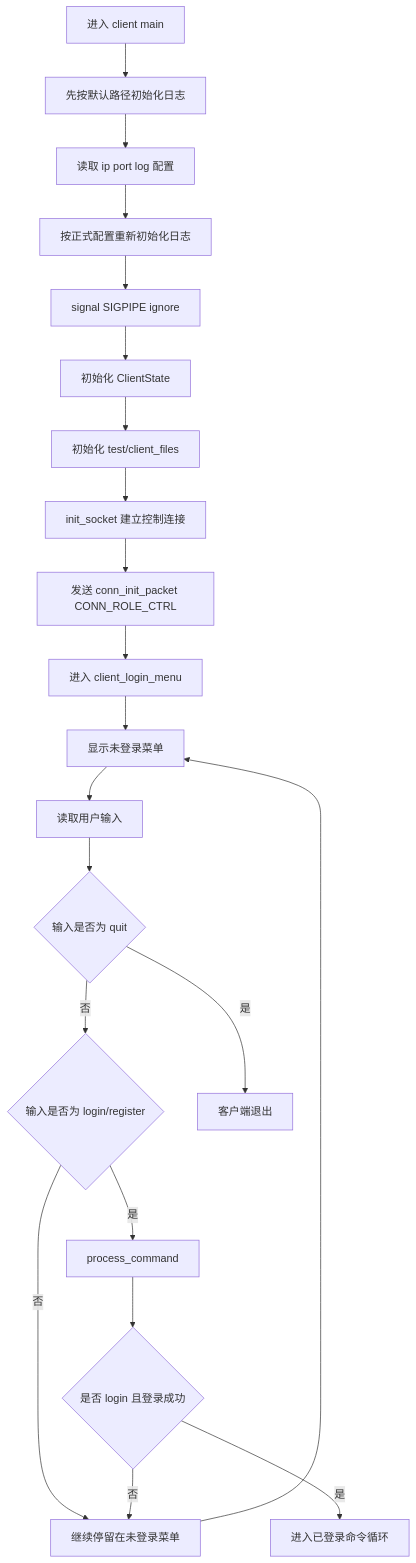
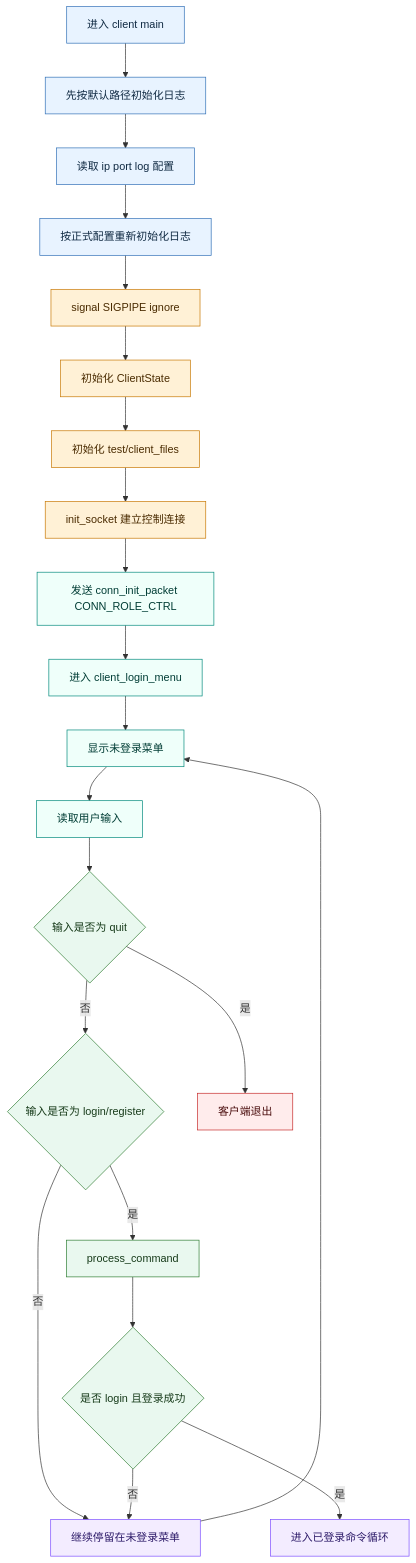
Before and after one commit to panlong-studio/WindCloud_V4: the fourth of 20 diagrams in docs/V5全流程活动图详解.md, drawn with Mermaid. The commit also changed other lines of this file and 5 other files, not shown here.

````diff
--- a/docs/V5全流程活动图详解.md
+++ b/docs/V5全流程活动图详解.md
@@ -256,31 +297,44 @@
 ```mermaid
 flowchart TD
     C0[进入 client main]
     C1[先按默认路径初始化日志]
     C2[读取 ip port log 配置]
     C3[按正式配置重新初始化日志]
     C4[signal SIGPIPE ignore]
     C5[初始化 ClientState]
     C6[初始化 test/client_files]
     C7[init_socket 建立控制连接]
     C8[发送 conn_init_packet CONN_ROLE_CTRL]
     C9[进入 client_login_menu]
     C10[显示未登录菜单]
     C11[读取用户输入]
     C12{输入是否为 quit}
     C13{输入是否为 login/register}
     C14[process_command]
     C15{是否 login 且登录成功}
     C16[进入已登录命令循环]
     C17[继续停留在未登录菜单]
     C18[客户端退出]
 
     C0 --> C1 --> C2 --> C3 --> C4 --> C5 --> C6 --> C7 --> C8 --> C9 --> C10 --> C11
     C11 --> C12
     C12 -- 是 --> C18
     C12 -- 否 --> C13
     C13 -- 否 --> C17 --> C10
     C13 -- 是 --> C14 --> C15
     C15 -- 是 --> C16
     C15 -- 否 --> C17
+    classDef phase1 fill:#E8F3FF,stroke:#2F6FB6,color:#102A43
+    classDef phase2 fill:#FFF1D6,stroke:#C77700,color:#4A2B00
+    classDef phase3 fill:#EFFFFA,stroke:#00897B,color:#003D35
+    classDef phase4 fill:#E9F8EF,stroke:#2E7D32,color:#173B1A
+    classDef phase5 fill:#F3ECFF,stroke:#7C4DFF,color:#2D1B69
+    classDef fail fill:#FFECEC,stroke:#C62828,color:#4A0D0D
+
+    class C0,C1,C2,C3 phase1
+    class C4,C5,C6,C7 phase2
+    class C8,C9,C10,C11 phase3
+    class C12,C13,C14,C15 phase4
+    class C16,C17 phase5
+    class C18 fail
 ```
````
